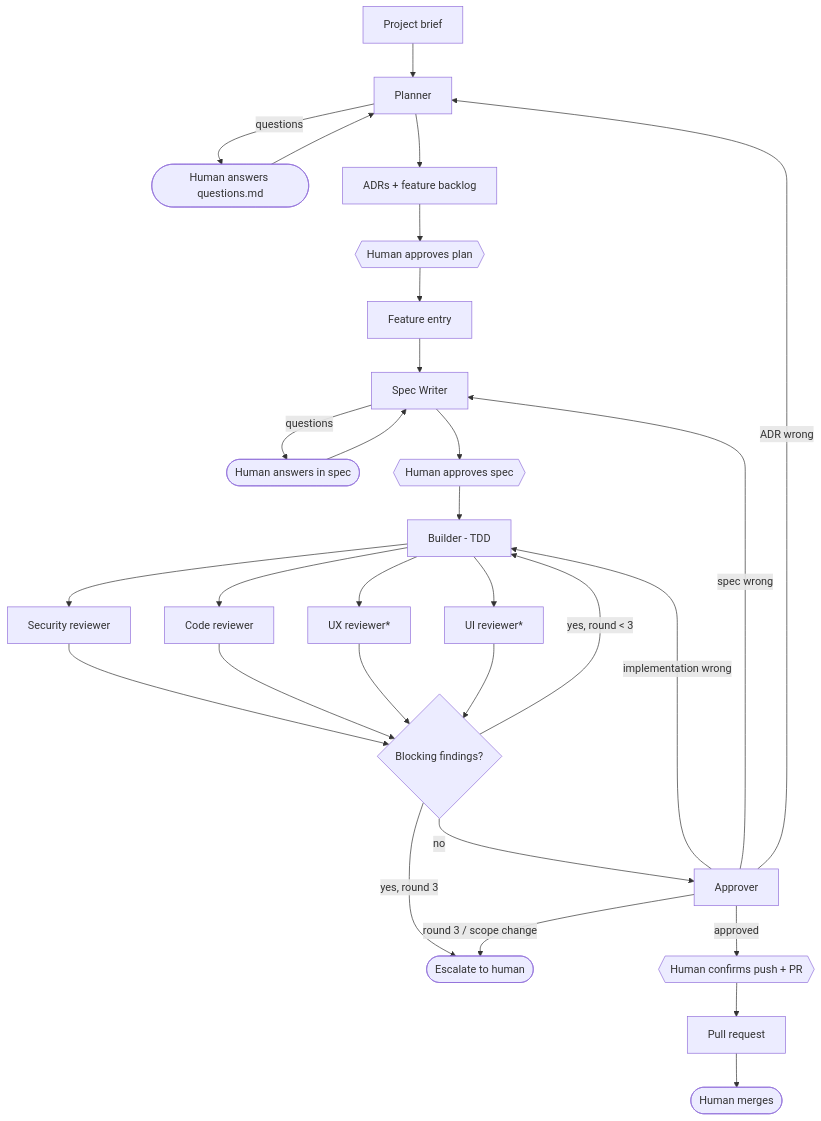
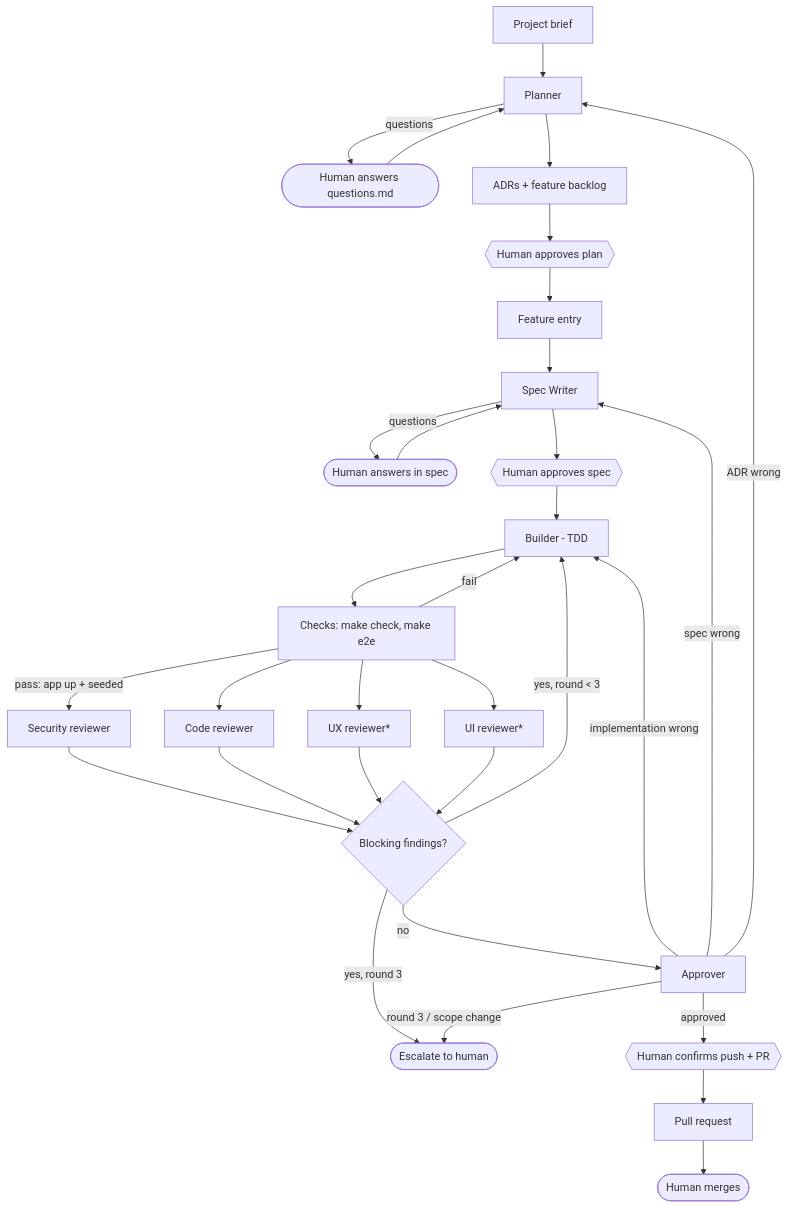
Before and after one commit to safuente/saaf-software-factory: the diagram in README.md, drawn with Mermaid. The commit also changed other lines of this file and 9 other files, not shown here.

````diff
--- a/README.md
+++ b/README.md
@@ -9,33 +9,35 @@
 ```mermaid
 flowchart TD
     brief[Project brief] --> planner[Planner]
     planner -->|questions| human1([Human answers questions.md])
     human1 --> planner
     planner --> plan[ADRs + feature backlog]
     plan --> gate1{{Human approves plan}}
     gate1 --> entry[Feature entry]
 
     entry --> spec[Spec Writer]
     spec -->|questions| human2([Human answers in spec])
     human2 --> spec
     spec --> gate2{{Human approves spec}}
     gate2 --> builder[Builder - TDD]
 
-    builder --> sec[Security reviewer]
-    builder --> code[Code reviewer]
-    builder --> ux[UX reviewer*]
-    builder --> ui[UI reviewer*]
+    builder --> checks[Checks: make check, make e2e]
+    checks -->|fail| builder
+    checks -->|pass: app up + seeded| sec[Security reviewer]
+    checks --> code[Code reviewer]
+    checks --> ux[UX reviewer*]
+    checks --> ui[UI reviewer*]
 
     sec & code & ux & ui --> check{Blocking findings?}
     check -->|yes, round < 3| builder
     check -->|yes, round 3| esc([Escalate to human])
     check -->|no| approver[Approver]
 
     approver -->|implementation wrong| builder
     approver -->|spec wrong| spec
     approver -->|ADR wrong| planner
     approver -->|round 3 / scope change| esc
     approver -->|approved| gate3{{Human confirms push + PR}}
     gate3 --> pr[Pull request]
     pr --> merge([Human merges])
 ```
````
